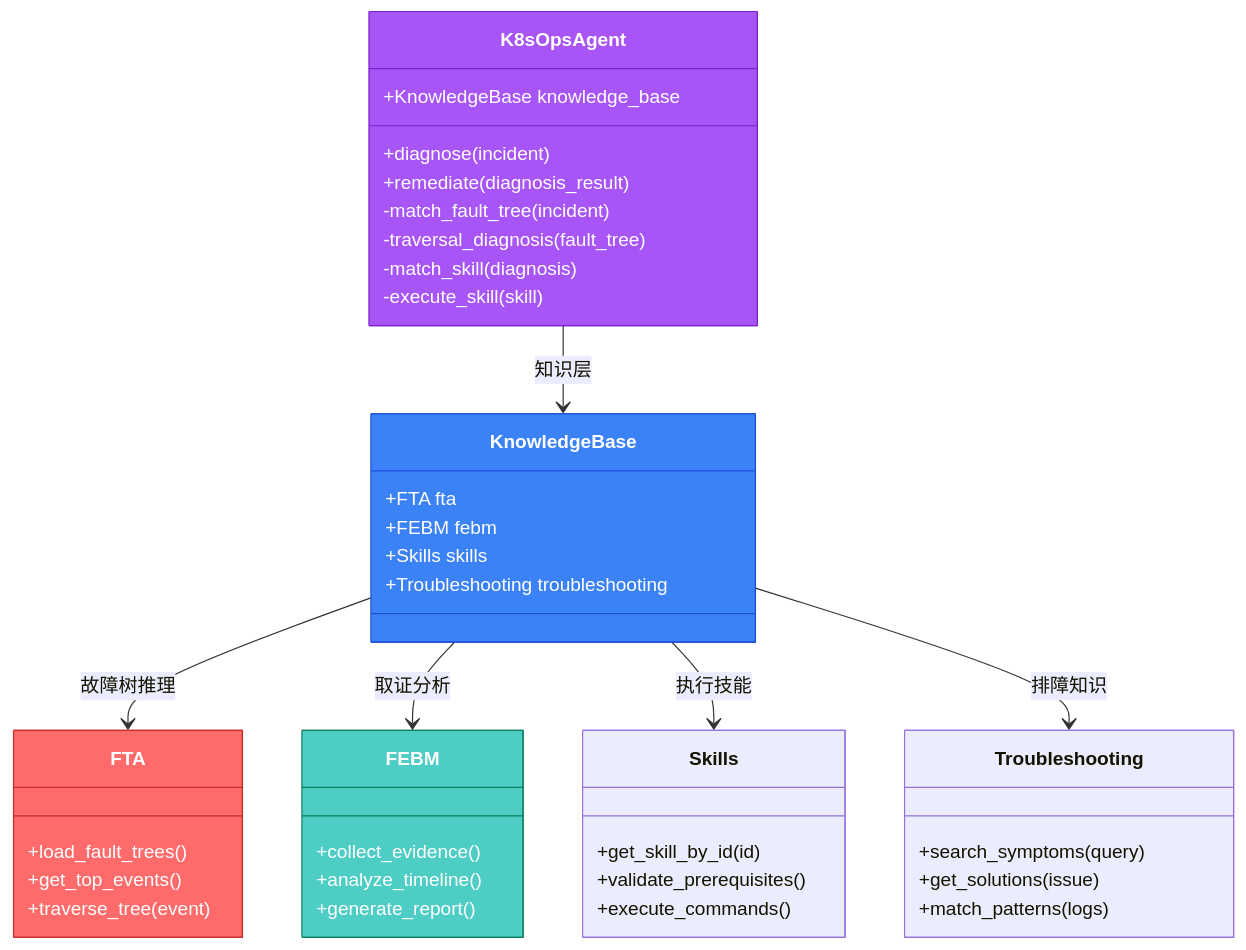
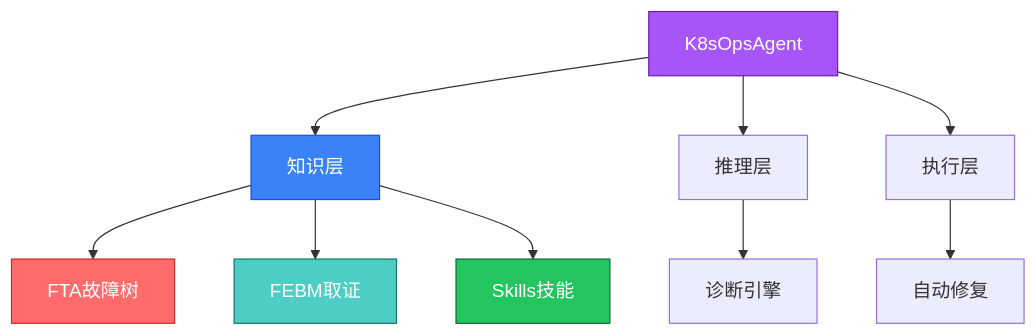
One commit to kudig-io/kudig-database changed the fourth of 6 diagrams in README.md. Above: the diagram before and after it, drawn with Mermaid. The commit also changed other lines of this file, not shown here.

````diff
--- a/README.md
+++ b/README.md
@@ -481,54 +318,19 @@
 ```mermaid
-classDiagram
-    class K8sOpsAgent {
-        +KnowledgeBase knowledge_base
-        +diagnose(incident)
-        +remediate(diagnosis_result)
-        -match_fault_tree(incident)
-        -traversal_diagnosis(fault_tree)
-        -match_skill(diagnosis)
-        -execute_skill(skill)
-    }
+flowchart TD
+    A[K8sOpsAgent] --> B[知识层]
+    B --> C[FTA故障树]
+    B --> D[FEBM取证]
+    B --> E[Skills技能]
     
-    class KnowledgeBase {
-        +FTA fta
-        +FEBM febm
-        +Skills skills
-        +Troubleshooting troubleshooting
-    }
+    A --> F[推理层]
+    F --> G[诊断引擎]
     
-    class FTA {
-        +load_fault_trees()
-        +get_top_events()
-        +traverse_tree(event)
-    }
+    A --> H[执行层]
+    H --> I[自动修复]
     
-    class FEBM {
-        +collect_evidence()
-        +analyze_timeline()
-        +generate_report()
-    }
-    
-    class Skills {
-        +get_skill_by_id(id)
-        +validate_prerequisites()
-        +execute_commands()
-    }
-    
-    class Troubleshooting {
-        +search_symptoms(query)
-        +get_solutions(issue)
-        +match_patterns(logs)
-    }
-    
-    K8sOpsAgent --> KnowledgeBase : 知识层
-    KnowledgeBase --> FTA : 故障树推理
-    KnowledgeBase --> FEBM : 取证分析
-    KnowledgeBase --> Skills : 执行技能
-    KnowledgeBase --> Troubleshooting : 排障知识
-    
-    style K8sOpsAgent fill:#a855f7,stroke:#7e22ce,color:#fff
-    style KnowledgeBase fill:#3b82f6,stroke:#1d4ed8,color:#fff
-    style FTA fill:#ff6b6b,stroke:#c92a2a,color:#fff
-    style FEBM fill:#4ecdc4,stroke:#087f5b,color:#fff
+    style A fill:#a855f7,stroke:#6b21a8,color:#fff
+    style B fill:#3b82f6,stroke:#1d4ed8,color:#fff
+    style C fill:#ff6b6b,stroke:#c92a2a,color:#fff
+    style D fill:#4ecdc4,stroke:#0f766e,color:#fff
+    style E fill:#22c55e,stroke:#166534,color:#fff
 ```
````
